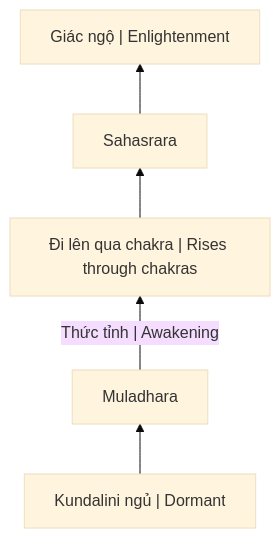
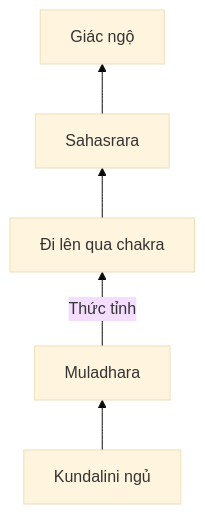
One commit to dyukahi/knowledge changed the second of 3 diagrams in esoterica/Chakra.md. Above: the diagram before and after it, drawn with Mermaid (base theme). The commit also changed other lines of this file, not shown here.

Commit message:
Fix Chakra Mermaid: remove br tags causing render errors

````diff
--- a/esoterica/Chakra.md
+++ b/esoterica/Chakra.md
@@ -227,13 +237,13 @@
 ```mermaid
 flowchart BT
-    K["Kundalini ngủ | Dormant"]
+    K["Kundalini ngủ"]
     M["Muladhara"]
-    UP["Đi lên qua chakra | Rises through chakras"]
+    UP["Đi lên qua chakra"]
     S["Sahasrara"]
-    E["Giác ngộ | Enlightenment"]
+    E["Giác ngộ"]
     
     K --> M
-    M -->|"Thức tỉnh | Awakening"| UP
+    M -->|"Thức tỉnh"| UP
     UP --> S
     S --> E
 ```
````
